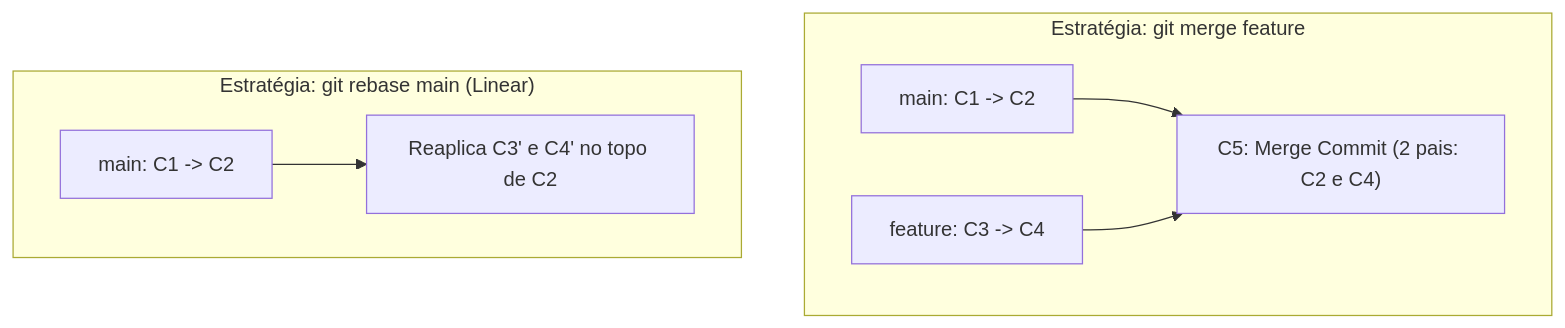
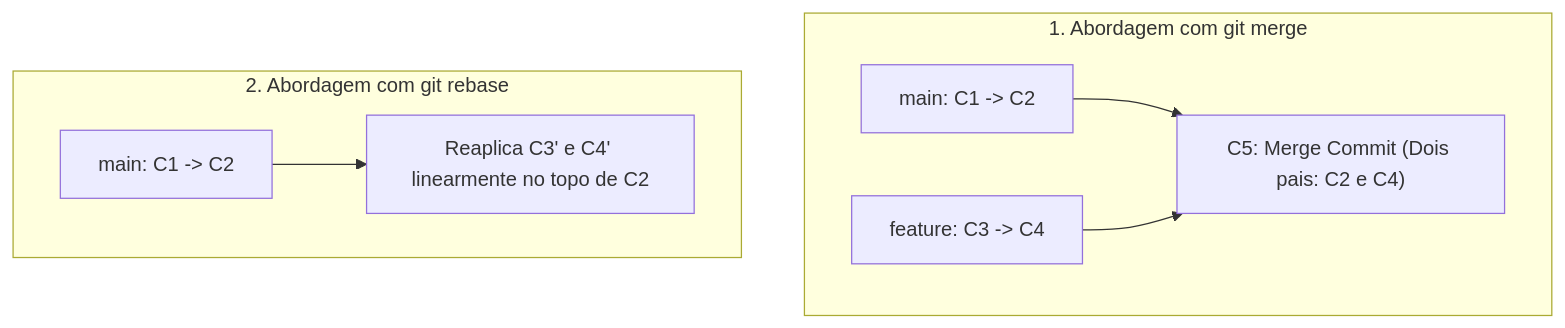
Before and after one commit to thiagosantos346/TCE-GO-2027: the fourth of 8 diagrams in fontes_de_estudo/conhecimentos_especificos_b02_ti/05_desenvolvimento_de_sistemas/06_git_gerenciamento_de_dependencias_e_empacotamento.md, drawn with Mermaid. The commit also changed other lines of this file and 119 other files, not shown here.

````diff
--- a/fontes_de_estudo/conhecimentos_especificos_b02_ti/05_desenvolvimento_de_sistemas/06_git_gerenciamento_de_dependencias_e_empacotamento.md
+++ b/fontes_de_estudo/conhecimentos_especificos_b02_ti/05_desenvolvimento_de_sistemas/06_git_gerenciamento_de_dependencias_e_empacotamento.md
@@ -95,15 +144,15 @@
 ```mermaid
 flowchart TD
-    subgraph Merge["Estratégia: git merge feature"]
+    subgraph EstrategiaMerge["1. Abordagem com git merge"]
         M1["main: C1 -> C2"]
         F1["feature: C3 -> C4"]
-        MC["C5: Merge Commit (2 pais: C2 e C4)"]
+        MC["C5: Merge Commit (Dois pais: C2 e C4)"]
         M1 --> MC
         F1 --> MC
     end
-    subgraph Rebase["Estratégia: git rebase main (Linear)"]
+    subgraph EstrategiaRebase["2. Abordagem com git rebase"]
         R1["main: C1 -> C2"]
-        R2["Reaplica C3' e C4' no topo de C2"]
+        R2["Reaplica C3' e C4' linearmente no topo de C2"]
         R1 --> R2
     end
 ```
````
